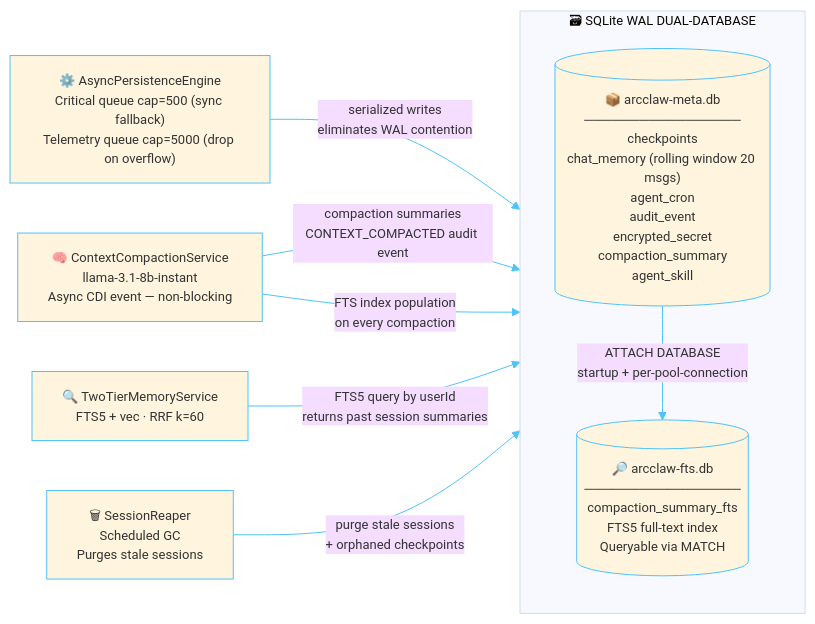
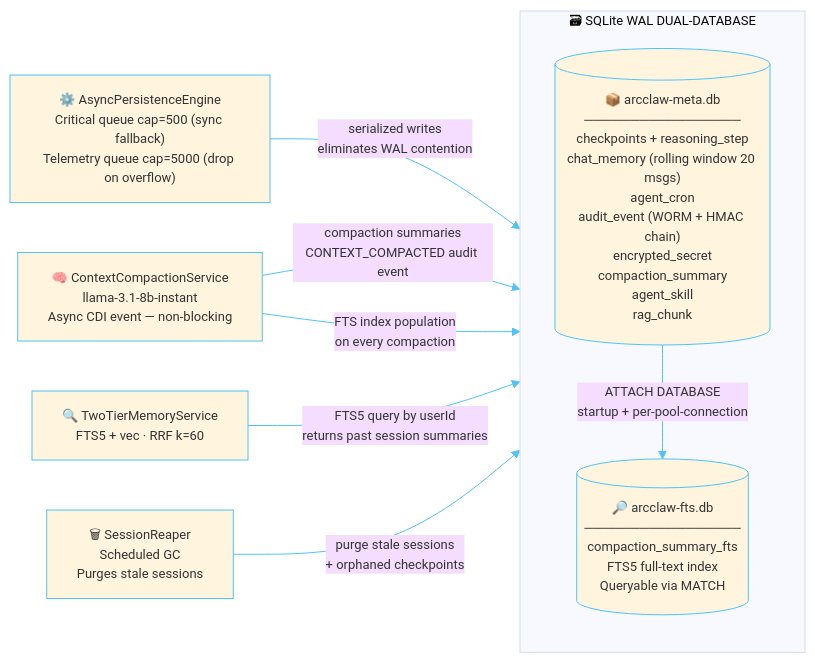
Before and after one commit to rsrini7/AmshaAgent: the fifth of 8 diagrams in README.md, drawn with Mermaid. The commit also changed other lines of this file and 4 other files, not shown here.

````diff
--- a/README.md
+++ b/README.md
@@ -775,22 +846,22 @@
 ```mermaid
 %%{init: {'theme': 'base', 'themeVariables': {'primaryBorderColor': '#4fc3f7', 'lineColor': '#4fc3f7', 'activationBorderColor': '#4fc3f7', 'actorBorder': '#4fc3f7', 'actorLineColor': '#4fc3f7','labelBoxBorderColor': '#0b0c0cff', 'noteBorderColor': '#81c784', 'fontSize': '13px'}}}%%
 graph LR
 
     APE["⚙️ AsyncPersistenceEngine<br/>Critical queue cap=500 (sync fallback)<br/>Telemetry queue cap=5000 (drop on overflow)"]:::writer
     CC["🧠 ContextCompactionService<br/>llama-3.1-8b-instant<br/>Async CDI event — non-blocking"]:::compactor
     TMS["🔍 TwoTierMemoryService<br/>FTS5 + vec · RRF k=60"]:::searcher
     SR["🗑 SessionReaper<br/>Scheduled GC<br/>Purges stale sessions"]:::reaper
 
     subgraph DUAL["  🗃  SQLite WAL DUAL-DATABASE  "]
         direction TB
-        Meta[("📦 arcclaw-meta.db<br/>─────────────────<br/>checkpoints<br/>chat_memory (rolling window 20 msgs)<br/>agent_cron<br/>audit_event<br/>encrypted_secret<br/>compaction_summary<br/>agent_skill")]:::metadb
+        Meta[("📦 arcclaw-meta.db<br/>─────────────────<br/>checkpoints + reasoning_step<br/>chat_memory (rolling window 20 msgs)<br/>agent_cron<br/>audit_event (WORM + HMAC chain)<br/>encrypted_secret<br/>compaction_summary<br/>agent_skill<br/>rag_chunk")]:::metadb
         FTS[("🔎 arcclaw-fts.db<br/>─────────────────<br/>compaction_summary_fts<br/>FTS5 full-text index<br/>Queryable via MATCH")]:::ftsdb
         Meta -->|"ATTACH DATABASE<br/>startup + per-pool-connection"| FTS
     end
 
     APE -->|"serialized writes<br/>eliminates WAL contention"| Meta
     CC -->|"compaction summaries<br/>CONTEXT_COMPACTED audit event"| Meta
     CC -->|"FTS index population<br/>on every compaction"| FTS
     TMS -->|"FTS5 query by userId<br/>returns past session summaries"| FTS
     SR -->|"purge stale sessions<br/>+ orphaned checkpoints"| Meta
 ```
````
